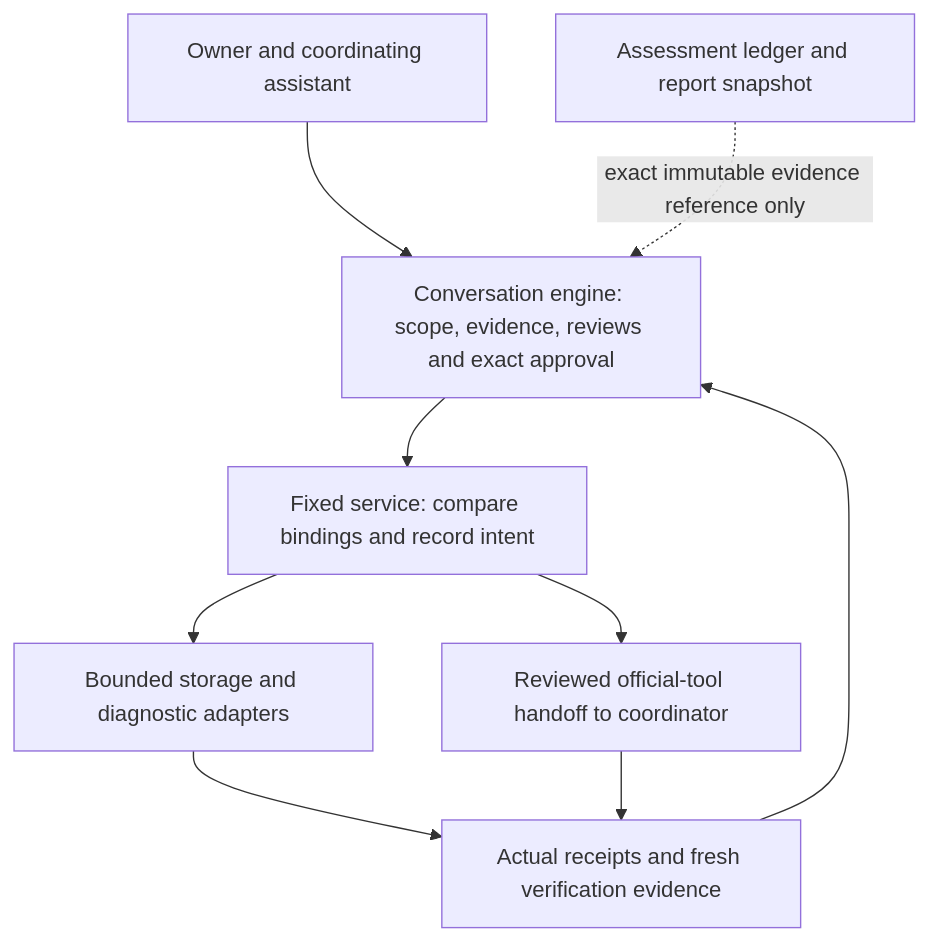
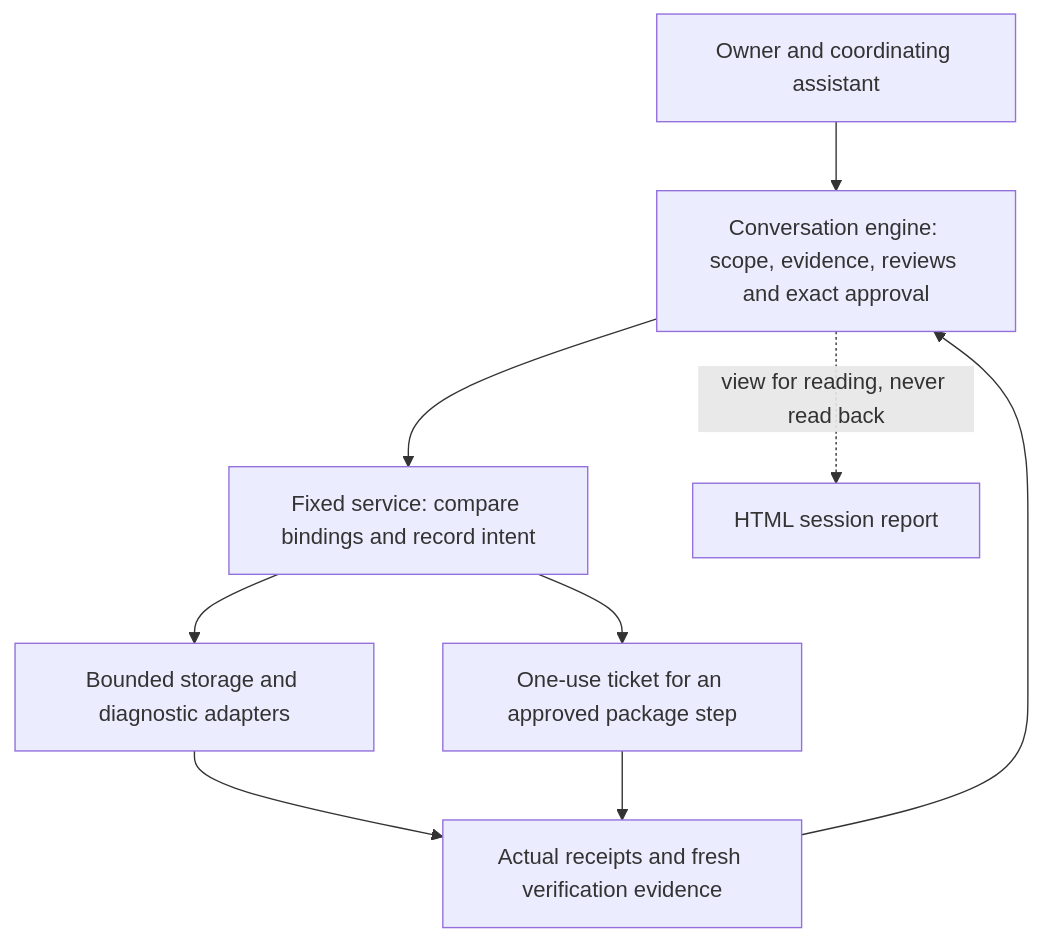
The diagram in docs/ARCHITECTURE.md (SacitDev/patchcairn-test-20261025), drawn with Mermaid before and after one commit. The commit also changed other lines of this file and 39 other files, not shown here.

````diff
--- a/docs/ARCHITECTURE.md
+++ b/docs/ARCHITECTURE.md
@@ -11,11 +11,11 @@
 ```mermaid
 flowchart TD
     Chat[Owner and coordinating assistant] --> Engine[Conversation engine: scope, evidence, reviews and exact approval]
     Engine --> Service[Fixed service: compare bindings and record intent]
     Service --> Native[Bounded storage and diagnostic adapters]
-    Service --> Handoff[Reviewed official-tool handoff to coordinator]
+    Service --> Ticket[One-use ticket for an approved package step]
     Native --> Evidence[Actual receipts and fresh verification evidence]
-    Handoff --> Evidence
+    Ticket --> Evidence
     Evidence --> Engine
-    Records[Assessment ledger and report snapshot] -. exact immutable evidence reference only .-> Engine
+    Engine -. view for reading, never read back .-> Report[HTML session report]
 ```
````
